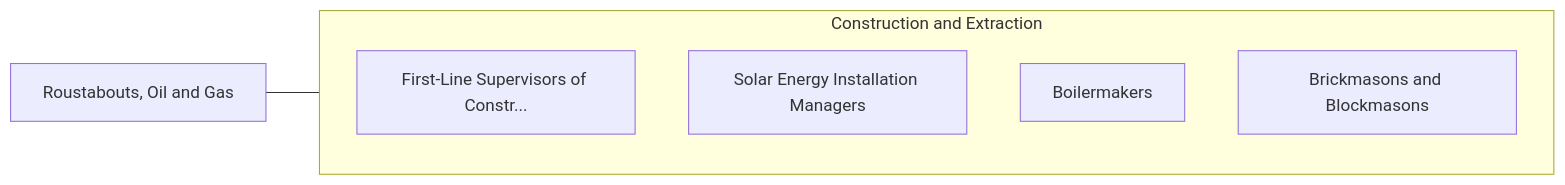
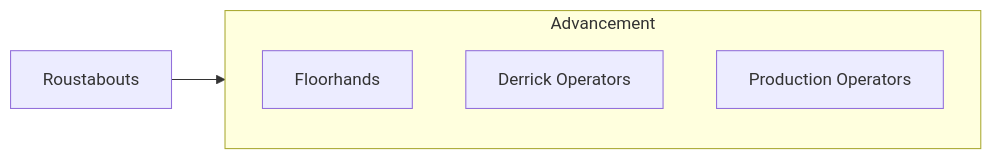
Before and after one commit to kziemski/business.org.ai: the fourth of 4 diagrams in occupations/Construction/RoustaboutsOilAndGas.mdx, drawn with Mermaid. The commit also changed other lines of this file and 938 other files, not shown here.

````diff
--- a/occupations/Construction/RoustaboutsOilAndGas.mdx
+++ b/occupations/Construction/RoustaboutsOilAndGas.mdx
@@ -119,13 +137,10 @@
 ```mermaid
 graph LR
-    Current["Roustabouts, Oil and Gas"]
-
-    subgraph SameCategory["Construction and Extraction"]
-        FirstLineSupervisors["First-Line Supervisors of Constr..."]
-        SolarEnergyInstallat["Solar Energy Installation Managers"]
-        Boilermakers["Boilermakers"]
-        BrickmasonsAndBlockm["Brickmasons and Blockmasons"]
+    Current["Roustabouts"]
+    subgraph Advancement["Advancement"]
+        Floor["Floorhands"]
+        Derrick["Derrick Operators"]
+        ProdOp["Production Operators"]
     end
-
-    Current --- SameCategory
+    Current --> Advancement
 ```
````
